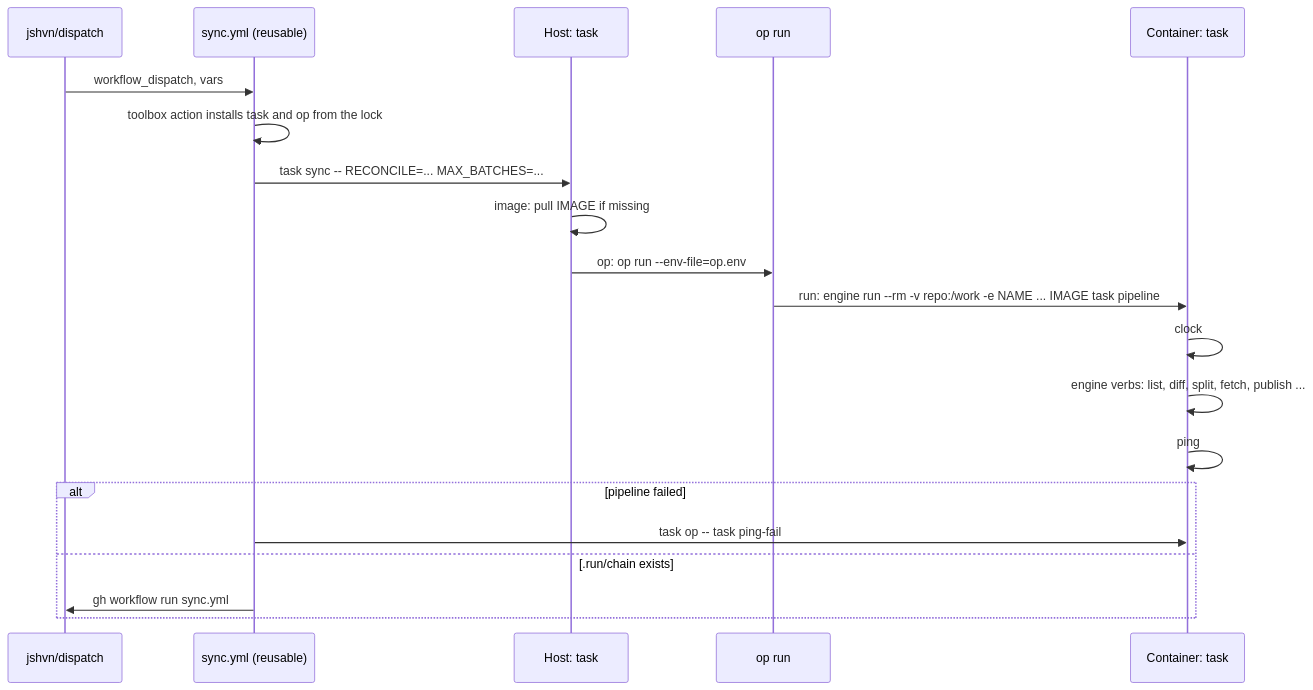
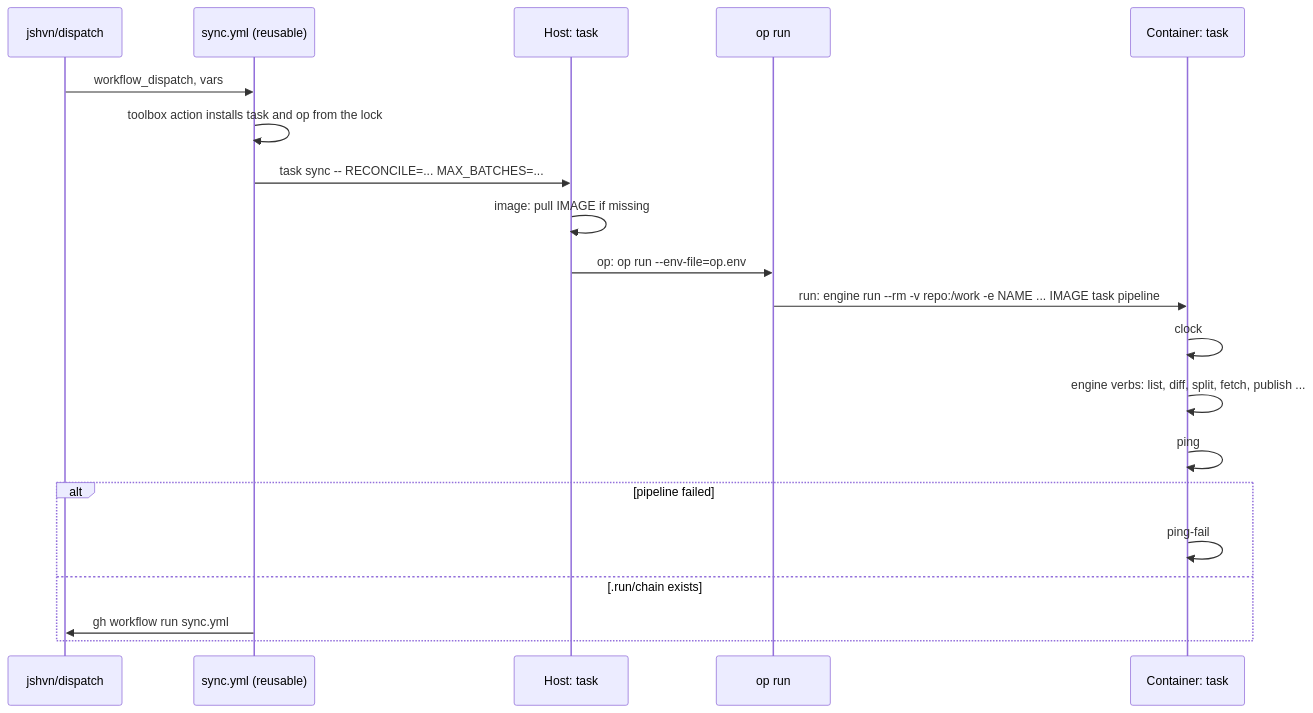
One commit to katoptra/lib changed the second of 2 diagrams in README.md. Above: the diagram before and after it, drawn with Mermaid. The commit also changed other lines of this file and 2 other files, not shown here.

````diff
--- a/README.md
+++ b/README.md
@@ -47,22 +47,22 @@
 ```mermaid
 sequenceDiagram
   participant D as jshvn/dispatch
   participant W as sync.yml (reusable)
   participant H as Host: task
   participant O as op run
   participant C as Container: task
   D->>W: workflow_dispatch, vars
   W->>W: toolbox action installs task and op from the lock
   W->>H: task sync -- RECONCILE=... MAX_BATCHES=...
   H->>H: image: pull IMAGE if missing
   H->>O: op: op run --env-file=op.env
   O->>C: run: engine run --rm -v repo:/work -e NAME ... IMAGE task pipeline
   C->>C: clock
   C->>C: engine verbs: list, diff, split, fetch, publish ...
   C->>C: ping
   alt pipeline failed
-    W->>C: task op -- task ping-fail
+    C->>C: ping-fail
   else .run/chain exists
     W->>D: gh workflow run sync.yml
   end
 ```
````
